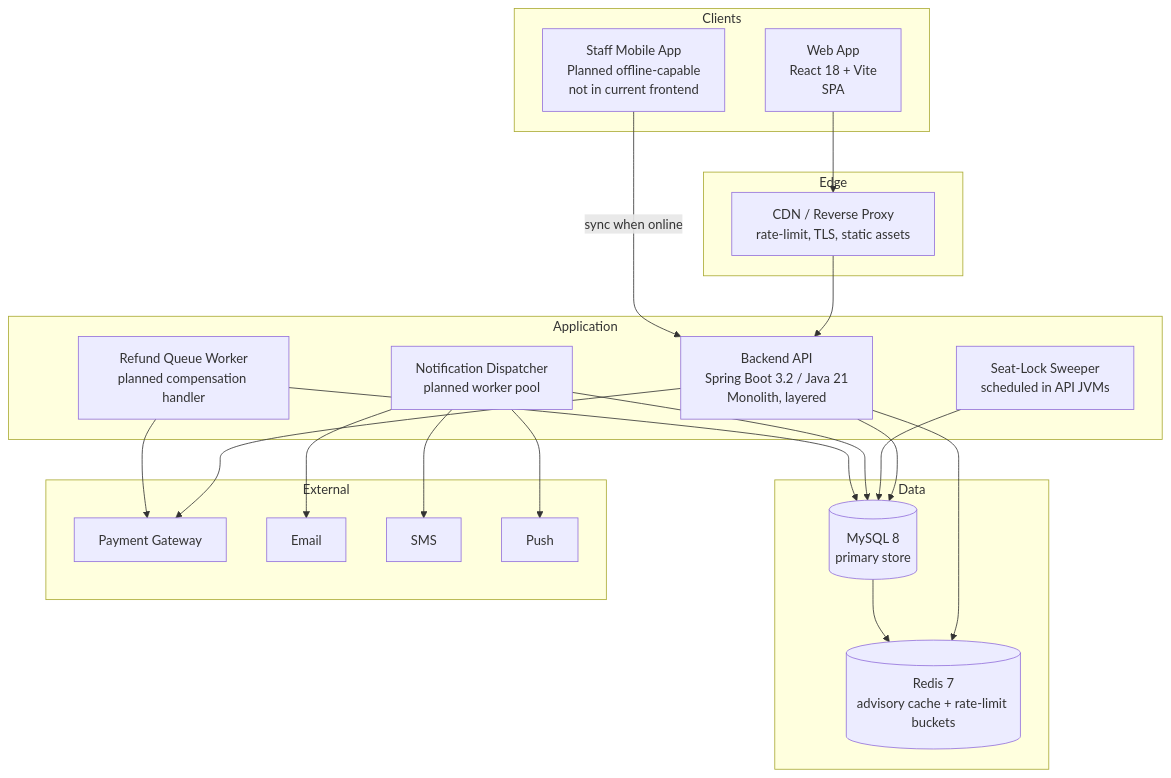
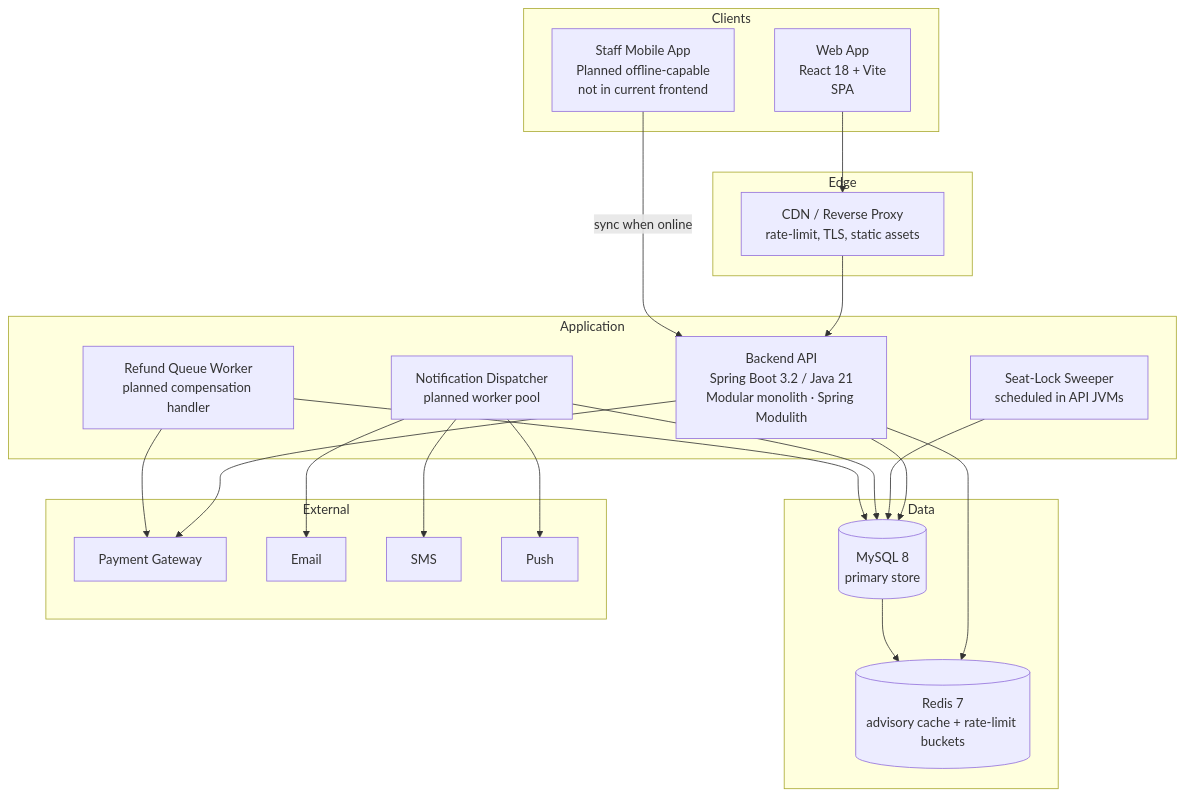
The second of 4 diagrams in docs/architecture/system-architecture.md (phuchoang2005/DeDe-Ticket), drawn with Mermaid before and after one commit. The commit also changed other lines of this file and 4 other files, not shown here.

````diff
--- a/docs/architecture/system-architecture.md
+++ b/docs/architecture/system-architecture.md
@@ -48,41 +48,41 @@
 ```mermaid
 flowchart TB
     subgraph Edge
         CDN[CDN / Reverse Proxy<br/>rate-limit, TLS, static assets]
     end
 
     subgraph Clients
         Web[Web App<br/>React 18 + Vite<br/>SPA]
         Mob[Staff Mobile App<br/>Planned offline-capable<br/>not in current frontend]
     end
 
     subgraph Application
-        API[Backend API<br/>Spring Boot 3.2 / Java 21<br/>Monolith, layered]
+        API[Backend API<br/>Spring Boot 3.2 / Java 21<br/>Modular monolith · Spring Modulith]
         Sweep[Seat-Lock Sweeper<br/>scheduled in API JVMs]
         Notif[Notification Dispatcher<br/>planned worker pool]
         Refund[Refund Queue Worker<br/>planned compensation handler]
     end
 
     subgraph Data
         MySQL[(MySQL 8<br/>primary store)]
         Redis[(Redis 7<br/>advisory cache + rate-limit buckets)]
     end
 
     subgraph External
         PG[Payment Gateway]
         SMTP[Email]
         SMS[SMS]
         FCM[Push]
     end
 
     Web --> CDN --> API
     Mob -->|sync when online| API
     API --> MySQL
     API --> Redis
     API --> PG
     Sweep --> MySQL --> Redis
     Notif --> MySQL
     Notif --> SMTP & SMS & FCM
     Refund --> PG
     Refund --> MySQL
 ```
````
